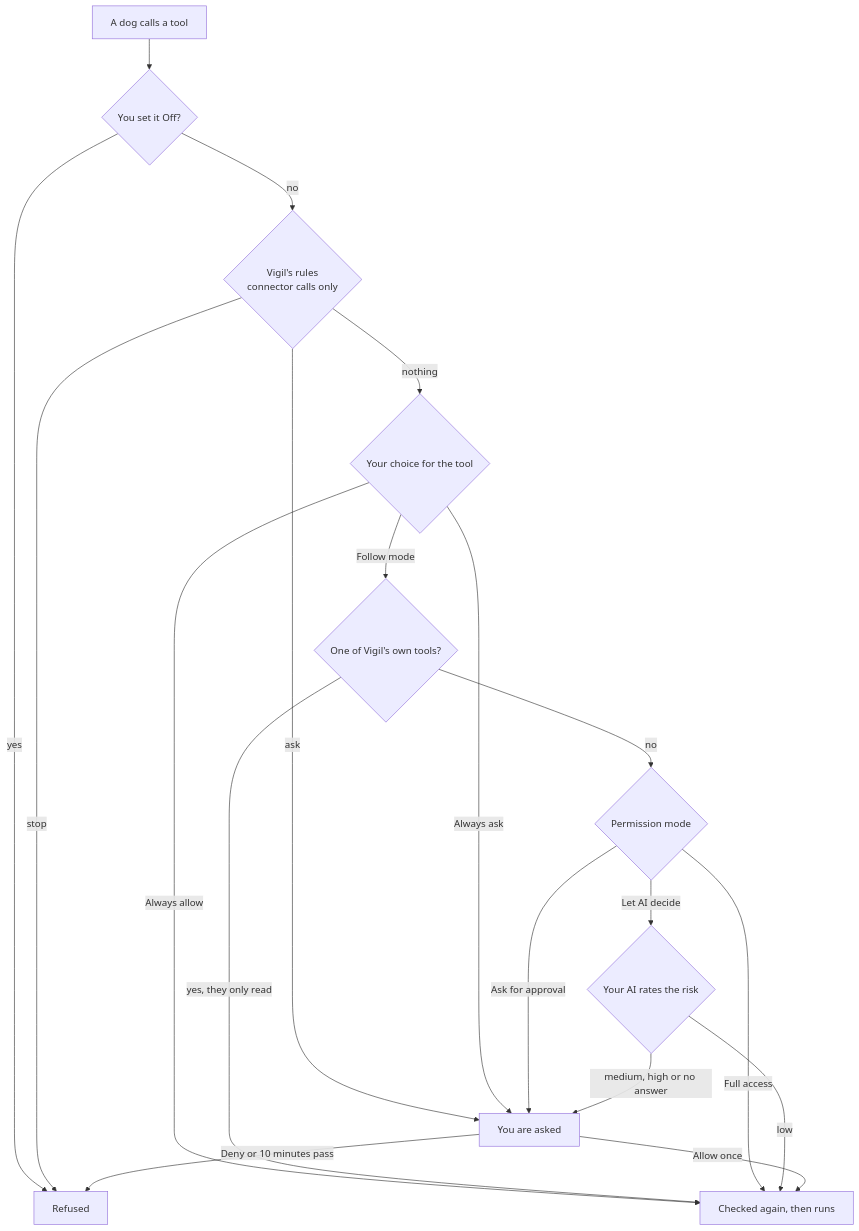
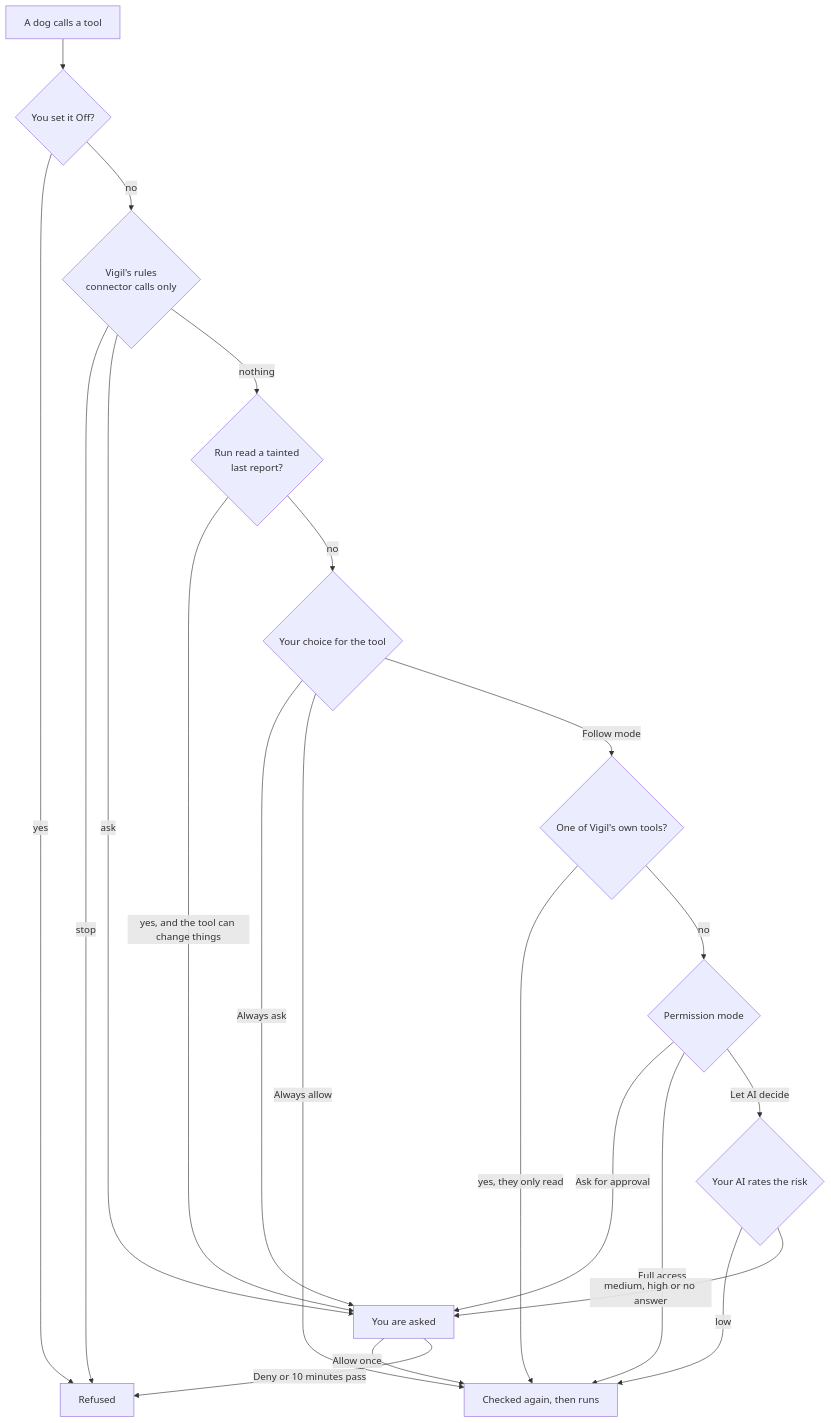
Before and after one commit to ShmalexM/Vigil-at-Home: the first of 4 diagrams in docs/pack.md, drawn with Mermaid. The commit also changed other lines of this file and 8 other files, not shown here.

````diff
--- a/docs/pack.md
+++ b/docs/pack.md
@@ -38,21 +39,23 @@
 ```mermaid
 flowchart TD
   call[A dog calls a tool] --> off{You set it Off?}
   off -- yes --> refused[Refused]
   off -- no --> rules{Vigil's rules<br/>connector calls only}
   rules -- stop --> refused
   rules -- ask --> ask[You are asked]
-  rules -- nothing --> choice{Your choice for the tool}
+  rules -- nothing --> prev{Run read a tainted<br/>last report?}
+  prev -- yes, and the tool can change things --> ask
+  prev -- no --> choice{Your choice for the tool}
   choice -- Always ask --> ask
   choice -- Always allow --> run[Checked again, then runs]
   choice -- Follow mode --> ro{One of Vigil's own tools?}
   ro -- yes, they only read --> run
   ro -- no --> mode{Permission mode}
   mode -- Ask for approval --> ask
   mode -- Full access --> run
   mode -- Let AI decide --> judge{Your AI rates the risk}
   judge -- low --> run
   judge -- medium, high or no answer --> ask
   ask -- Allow once --> run
   ask -- Deny or 10 minutes pass --> refused
 ```
````
